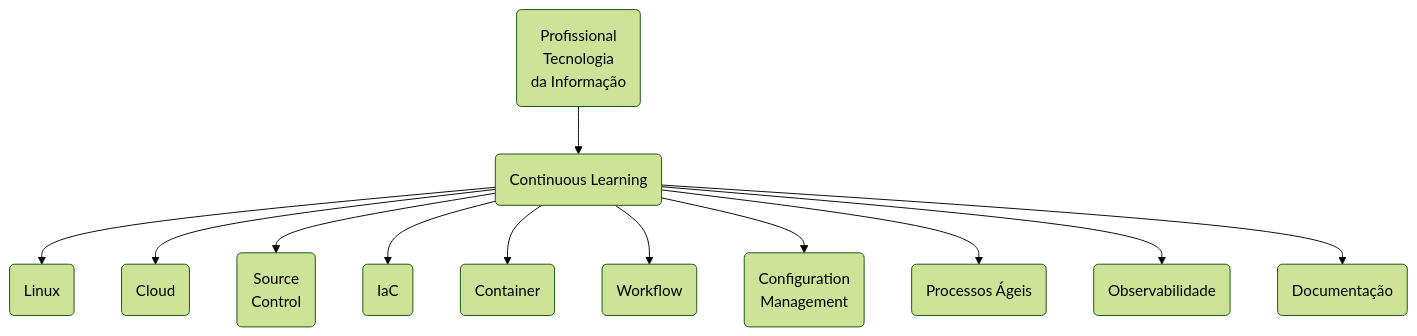
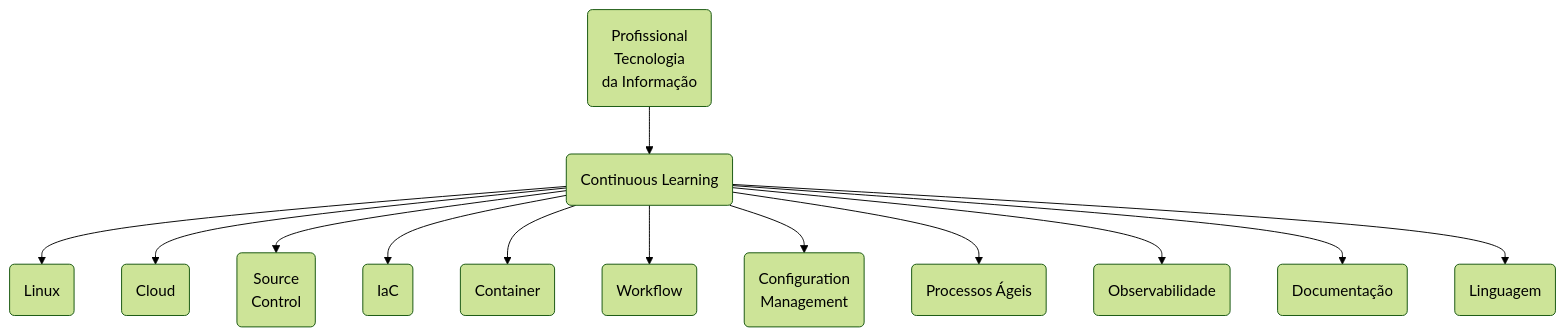
Before and after one commit to 60pportunities/documentacao: the second of 13 diagrams in docs/recipe_60pportunities_felicidade_003.md, drawn with Mermaid (forest theme). The commit also changed other lines of this file, not shown here.

````diff
--- a/docs/recipe_60pportunities_felicidade_003.md
+++ b/docs/recipe_60pportunities_felicidade_003.md
@@ -16,14 +16,15 @@
 ```mermaid
 flowchart TD
   id1(Profissional</br>Tecnologia</br>da Informação) --> id2(Continuous Learning)
   id2           --> id3(Linux)
   id2           --> id4(Cloud)
   id2           --> id5(Source</br>Control)
   id2           --> id6(IaC)
   id2           --> id7(Container)
   id2           --> id8(Workflow)
   id2           --> id9(Configuration</br>Management)
   id2           --> id10(Processos Ágeis)
   id2           --> id11(Observabilidade)
   id2           --> id12(Documentação)
+  id2           --> id13(Linguagem)
 ```
````
